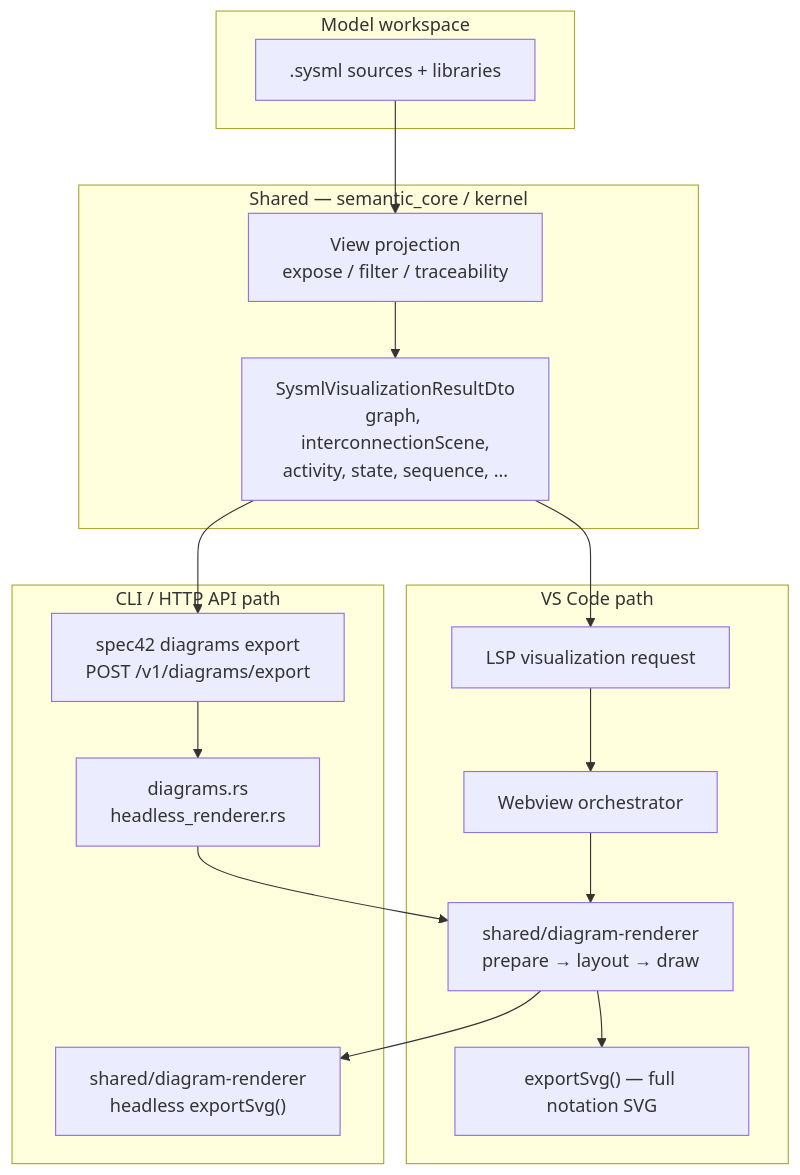
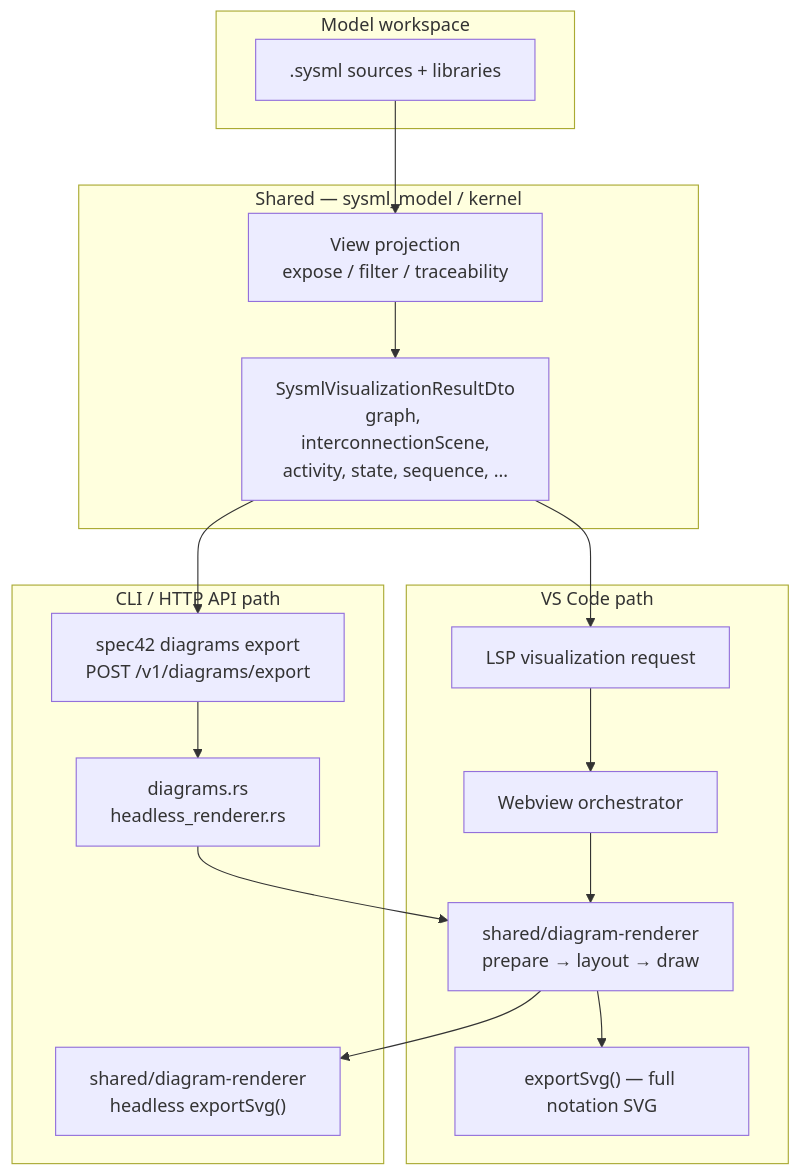
One commit to elan8/spec42 changed the diagram in docs/engineering/DIAGRAM-EXPORT-QUALITY-ANALYSIS.md. Above: the diagram before and after it, drawn with Mermaid. The commit also changed other lines of this file and 13 other files, not shown here.

First line of the commit message:
Refactor documentation and update crate references for sysml_model

````diff
--- a/docs/engineering/DIAGRAM-EXPORT-QUALITY-ANALYSIS.md
+++ b/docs/engineering/DIAGRAM-EXPORT-QUALITY-ANALYSIS.md
@@ -38,28 +38,28 @@
 ```mermaid
 flowchart TB
   subgraph model [Model workspace]
     SYSML[".sysml sources + libraries"]
   end
 
-  subgraph semantic [Shared — semantic_core / kernel]
+  subgraph semantic [Shared — sysml_model / kernel]
     PROJ["View projection\nexpose / filter / traceability"]
     DTO["SysmlVisualizationResultDto\ngraph, interconnectionScene,\nactivity, state, sequence, …"]
   end
 
   subgraph vscode [VS Code path]
     LSP["LSP visualization request"]
     WEB["Webview orchestrator"]
     SHARED["shared/diagram-renderer\nprepare → layout → draw"]
     EXP_VSC["exportSvg() — full notation SVG"]
   end
 
   subgraph headless [CLI / HTTP API path]
     CLI["spec42 diagrams export\nPOST /v1/diagrams/export"]
     RUST["diagrams.rs\nheadless_renderer.rs"]
     EXP_CLI["shared/diagram-renderer\nheadless exportSvg()"]
   end
 
   SYSML --> PROJ --> DTO
   DTO --> LSP --> WEB --> SHARED --> EXP_VSC
   DTO --> CLI --> RUST --> SHARED --> EXP_CLI
 ```
````
